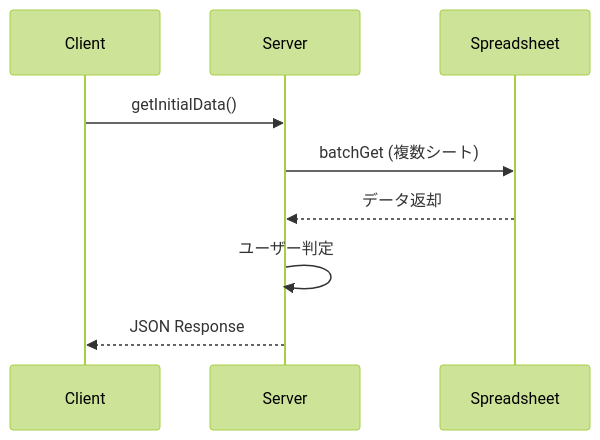
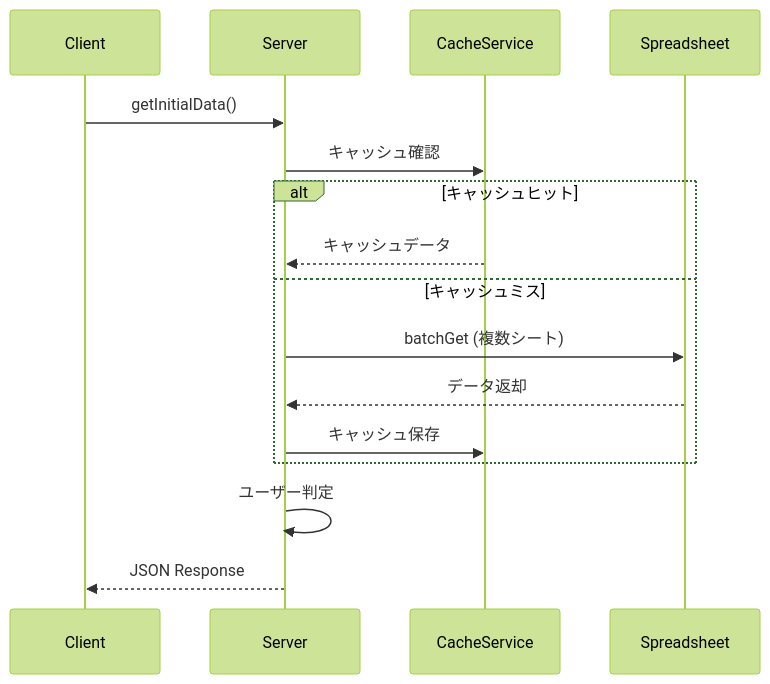
Before and after one commit to suzukishigeru4b/juken-survey-public: the third of 6 diagrams in PROGRAM_SPECIFICATION.md, drawn with Mermaid (forest theme). The commit also changed other lines of this file and 6 other files, not shown here.

````diff
--- a/PROGRAM_SPECIFICATION.md
+++ b/PROGRAM_SPECIFICATION.md
@@ -194,12 +212,19 @@
 ```mermaid
 sequenceDiagram
     participant C as Client
     participant S as Server
+    participant Cache as CacheService
     participant SS as Spreadsheet
     
     C->>S: getInitialData()
-    S->>SS: batchGet (複数シート)
-    SS-->>S: データ返却
+    S->>Cache: キャッシュ確認
+    alt キャッシュヒット
+        Cache-->>S: キャッシュデータ
+    else キャッシュミス
+        S->>SS: batchGet (複数シート)
+        SS-->>S: データ返却
+        S->>Cache: キャッシュ保存
+    end
     S->>S: ユーザー判定
     S-->>C: JSON Response
 ```
````
